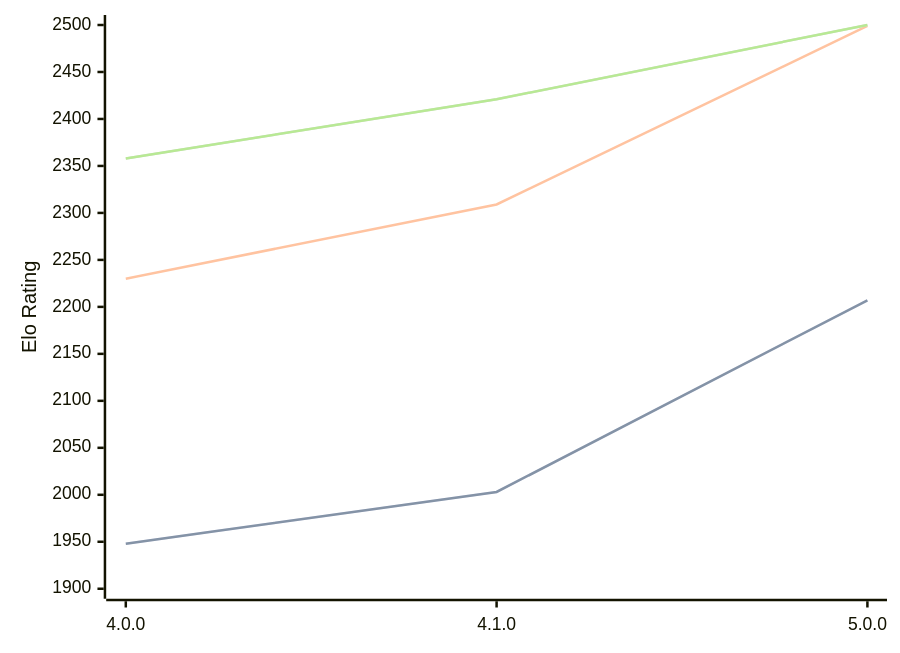
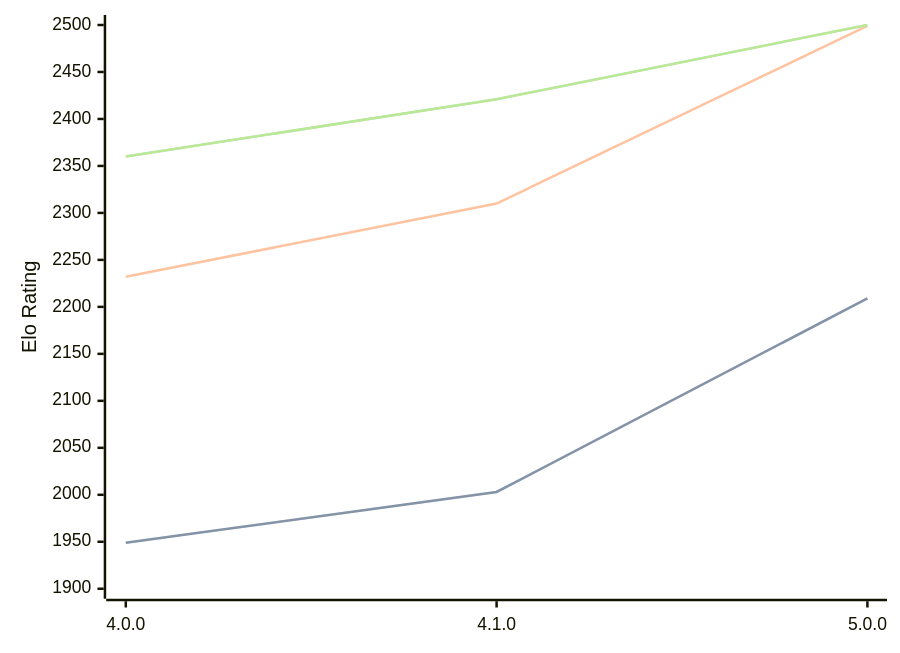
One commit to computer-chess-index/cci changed the diagram in engines/Aconcagua.md. Above: the diagram before and after it, drawn with Mermaid. The commit also changed other lines of this file, not shown here.

Commit message:
Update CCI Ratings (ELO VLTC) - 2026-02-20

````diff
--- a/engines/Aconcagua.md
+++ b/engines/Aconcagua.md
@@ -39,11 +39,11 @@
 ```mermaid
 %%{init: {"theme":"base","themeVariables":{"seriesColors:['#a3a3a3','#222221','#faa371']}}}%%
 xychart-beta
   x-axis ["4.0.0", "4.1.0", "5.0.0"]
   y-axis "Elo Rating" 1900 --> 2500
-  line "STC (8.0+0.08s)" [1948, 2003, 2207]
-  line "STC (8.0+0.08s)" [1948, 2003, 2207]
-  line "LTC (60.0+0.60s)" [2230, 2309, 2499]
-  line "VLTC (2m24s+1.12s)" [2358, 2421, 2500]
-  line "VLTC (2m24s+1.12s)" [2358, 2421, 2500]
+  line "STC (8.0+0.08s)" [1949, 2003, 2209]
+  line "STC (8.0+0.08s)" [1949, 2003, 2209]
+  line "LTC (60.0+0.60s)" [2232, 2310, 2499]
+  line "VLTC (2m24s+1.12s)" [2360, 2421, 2500]
+  line "VLTC (2m24s+1.12s)" [2360, 2421, 2500]
 ```
````
